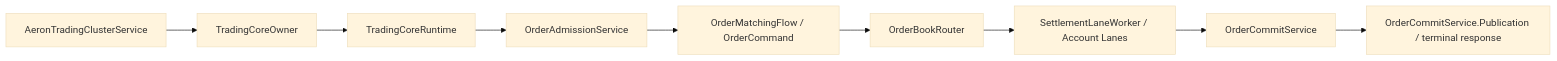
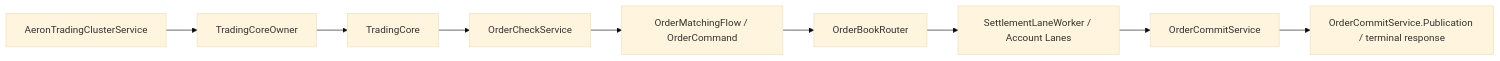
The diagram in surprising-aeron-core/surprising-aeron-service/README.md (lilaizhencn/surprising-ex), drawn with Mermaid (base theme) before and after one commit. The commit also changed other lines of this file and 329 other files, not shown here.

````diff
--- a/surprising-aeron-core/surprising-aeron-service/README.md
+++ b/surprising-aeron-core/surprising-aeron-service/README.md
@@ -26,11 +26,11 @@
 ```mermaid
 flowchart LR
     Callback[AeronTradingClusterService] --> Owner[TradingCoreOwner]
-    Owner --> Runtime[TradingCoreRuntime]
-    Runtime --> Admission[OrderAdmissionService]
+    Owner --> Runtime[TradingCore]
+    Runtime --> Admission[OrderCheckService]
     Admission --> Flow[OrderMatchingFlow / OrderCommand]
     Flow --> Matcher[OrderBookRouter]
     Matcher --> Lanes[SettlementLaneWorker / Account Lanes]
     Lanes --> Commit[OrderCommitService]
     Commit --> Output[OrderCommitService.Publication / terminal response]
 ```
````
